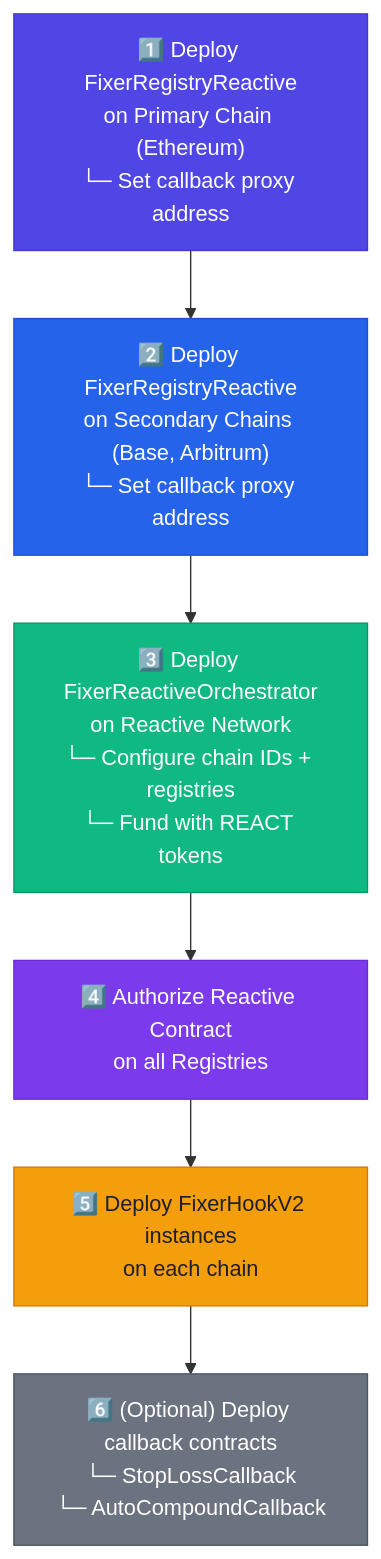
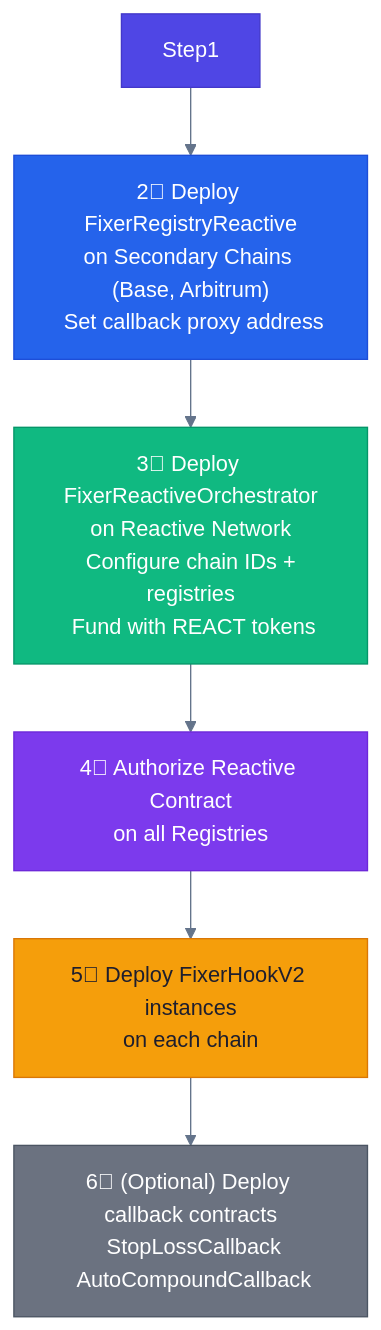
One commit to guglxni/the-fixer-hook changed the eighth of 8 diagrams in docs/REACTIVE_NETWORK_INTEGRATION.md. Above: the diagram before and after it, drawn with Mermaid. The commit also changed other lines of this file and 514 other files, not shown here.

Commit message:
Clean docs: remove emojis, add professional mermaid styling

````diff
--- a/docs/REACTIVE_NETWORK_INTEGRATION.md
+++ b/docs/REACTIVE_NETWORK_INTEGRATION.md
@@ -1195,18 +1174,16 @@
 ```mermaid
+%%{init: {'theme': 'neutral', 'themeVariables': { 'primaryColor': '#2563eb', 'primaryTextColor': '#1e293b', 'primaryBorderColor': '#3b82f6', 'lineColor': '#64748b', 'secondaryColor': '#f1f5f9', 'tertiaryColor': '#e2e8f0'}}}%%
 flowchart TD
-    Step1["1️⃣ Deploy FixerRegistryReactive\non Primary Chain (Ethereum)\n└─ Set callback proxy address"]
-    Step2["2️⃣ Deploy FixerRegistryReactive\non Secondary Chains (Base, Arbitrum)\n└─ Set callback proxy address"]
-    Step3["3️⃣ Deploy FixerReactiveOrchestrator\non Reactive Network\n└─ Configure chain IDs + registries\n└─ Fund with REACT tokens"]
-    Step4["4️⃣ Authorize Reactive Contract\non all Registries"]
-    Step5["5️⃣ Deploy FixerHookV2 instances\non each chain"]
-    Step6["6️⃣ (Optional) Deploy callback contracts\n└─ StopLossCallback\n└─ AutoCompoundCallback"]
-
+    Step2["2⃣ Deploy FixerRegistryReactive\non Secondary Chains (Base, Arbitrum)\n Set callback proxy address"]
+    Step3["3⃣ Deploy FixerReactiveOrchestrator\non Reactive Network\n Configure chain IDs + registries\n Fund with REACT tokens"]
+    Step4["4⃣ Authorize Reactive Contract\non all Registries"]
+    Step5["5⃣ Deploy FixerHookV2 instances\non each chain"]
+    Step6["6⃣ (Optional) Deploy callback contracts\n StopLossCallback\n AutoCompoundCallback"]
     Step1 --> Step2 --> Step3 --> Step4 --> Step5 --> Step6
-
     style Step1 fill:#4F46E5,color:#FFFFFF,stroke:#4338CA
     style Step2 fill:#2563EB,color:#FFFFFF,stroke:#1D4ED8
     style Step3 fill:#10B981,color:#FFFFFF,stroke:#059669
     style Step4 fill:#7C3AED,color:#FFFFFF,stroke:#6D28D9
     style Step5 fill:#F59E0B,color:#1E1E2E,stroke:#D97706
     style Step6 fill:#6B7280,color:#FFFFFF,stroke:#4B5563
 ```
````
